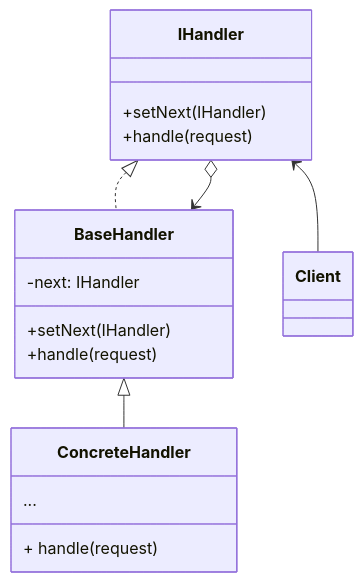
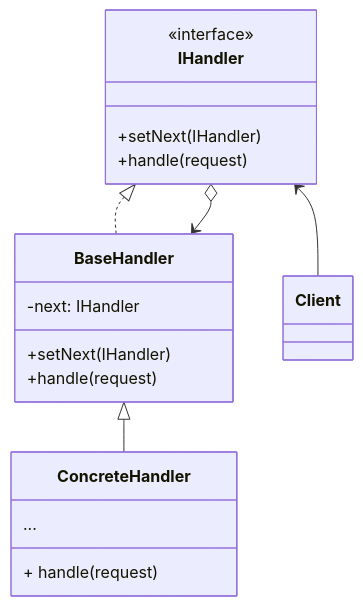
Before and after one commit to JoachimHors/SWD-Chain-of-Responsibility: the first of 4 diagrams in README.md, drawn with Mermaid.

Commit message:
Updated Class Diagram
- Changed IHandler Class to an interface.

````diff
--- a/README.md
+++ b/README.md
@@ -9,25 +9,27 @@
 ```mermaid
 classDiagram
     IHandler <|.. BaseHandler
     BaseHandler <--o IHandler
     BaseHandler <|-- ConcreteHandler
     IHandler <-- Client
 
+    <<interface>>IHandler
     class IHandler{
         +setNext(IHandler)
         +handle(request)
     }
+    
 
     class BaseHandler{
         -next: IHandler
 
         +setNext(IHandler)
         +handle(request)
     }
 
     class ConcreteHandler{
         ...
 
         + handle(request)
     }
 ```
````
